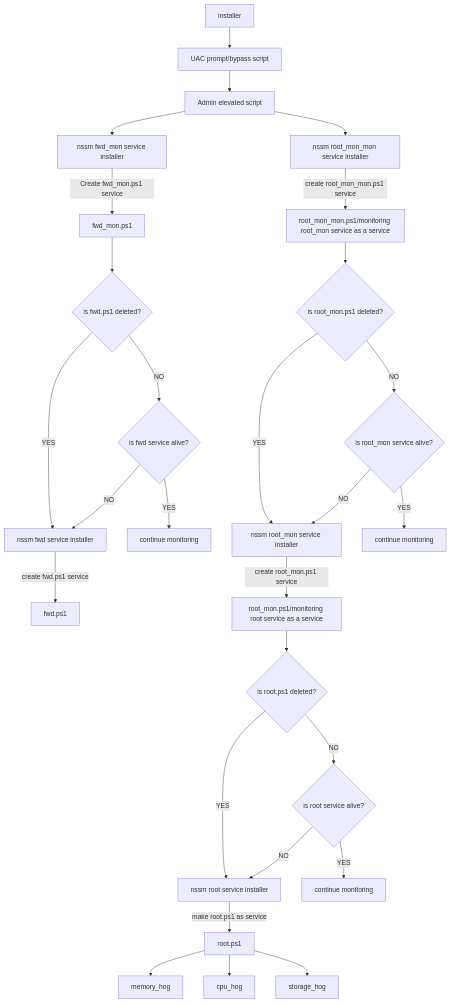
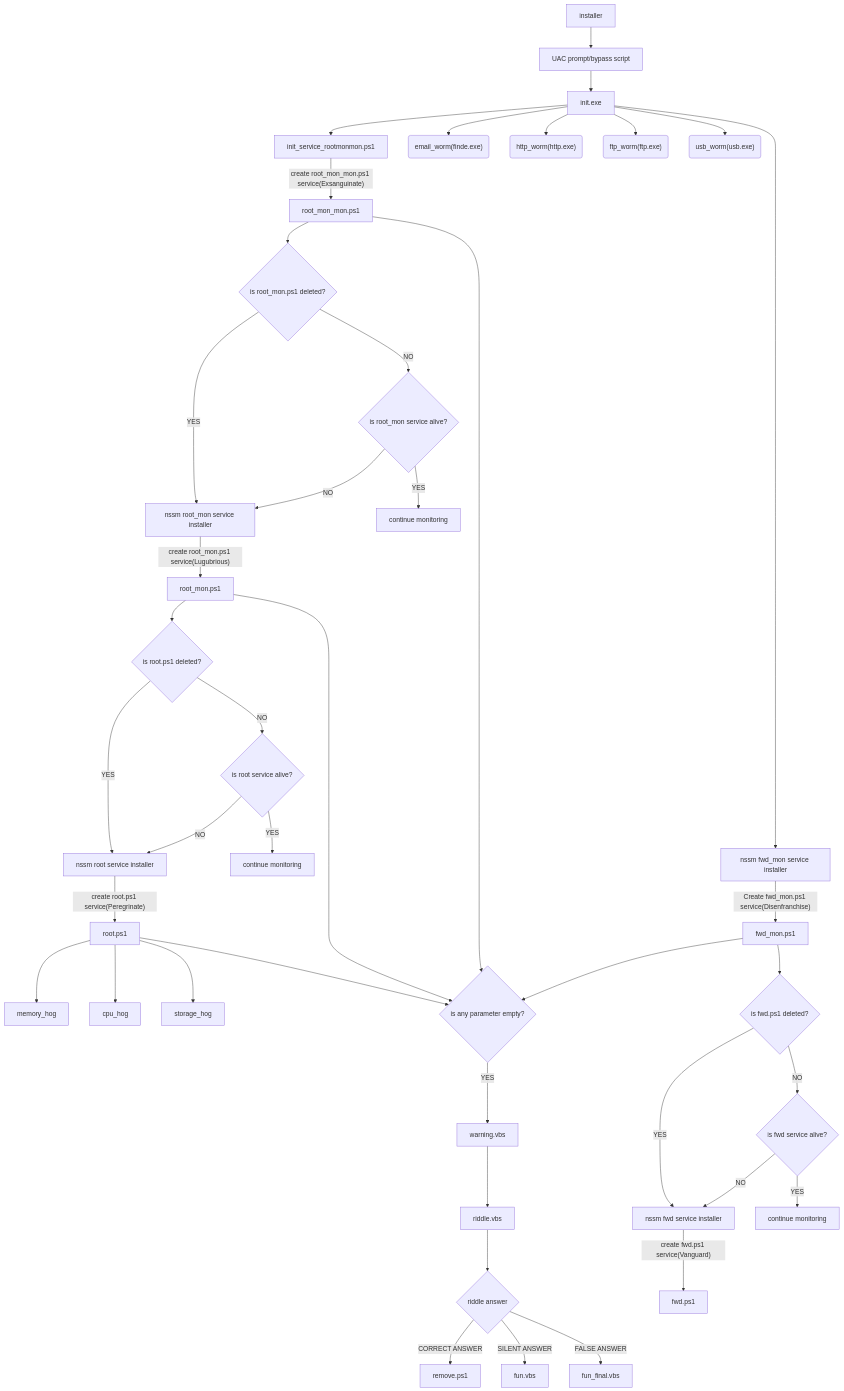
One commit to Soumyo001/HydraCore changed the diagram in README.md. Above: the diagram before and after it, drawn with Mermaid. The commit also changed other lines of this file, not shown here.

````diff
--- a/README.md
+++ b/README.md
@@ -17,30 +31,44 @@
 ```mermaid
 graph TD
 	A[installer] --> B[UAC prompt/bypass script]
-	B --> C[Admin elevated script]
-	C --> D[nssm root_mon_mon service installer]
+	B --> C[init.exe]
+	C --> D[init_service_rootmonmon.ps1]
+	C --> finde("email_worm(finde.exe)")
+	C --> http("http_worm(http.exe)")
+	C --> ftp("ftp_worm(ftp.exe)")
+	C --> usb("usb_worm(usb.exe)")
 	C --> N[nssm fwd_mon service installer]
-	D --> |create root_mon_mon.ps1 service|E[root_mon_mon.ps1/monitoring root_mon service as a service]
-	N --> |Create fwd_mon.ps1 service|O[fwd_mon.ps1]
+	D --> |"create root_mon_mon.ps1 service(Exsanguinate)"|E[root_mon_mon.ps1]
+	N --> |"Create fwd_mon.ps1 service(Disenfranchise)"|O[fwd_mon.ps1]
+	O --> CHECK
 	O --> P{is fwd.ps1 deleted?}
 	P --> |YES|R[nssm fwd service installer]
 	P --> |NO|Q{is fwd service alive?}
+	Q --> |NO|R
 	Q --> |YES|CON3[continue monitoring]
-	Q --> |NO|R
-	R --> |create fwd.ps1 service|S[fwd.ps1]
+	R --> |"create fwd.ps1 service(Vanguard)"|S[fwd.ps1]
 	E --> T{is root_mon.ps1 deleted?}
 	T --> |YES|G[nssm root_mon service installer]
 	T --> |NO|F{is root_mon service alive?}
+	F --> |NO|G
 	F --> |YES|CON2[continue monitoring]
-	F --> |NO|G
-	G --> |create root_mon.ps1 service|MON[root_mon.ps1/monitoring root service as a service]
+	G --> |"create root_mon.ps1 service(Lugubrious)"|MON[root_mon.ps1]
 	MON --> U{is root.ps1 deleted?}
 	U --> |YES|I[nssm root service installer]
-	I --> |make root.ps1 as service|J[root.ps1]
+	I --> |"create root.ps1 service(Peregrinate)"|J[root.ps1]
 	U --> |NO|H{is root service alive?}
+	H --> |NO|I
 	H --> |YES|CON[continue monitoring]
-	H --> |NO|I
 	J --> K[memory_hog]
 	J --> L[cpu_hog]
 	J --> M[storage_hog]
+	E --> CHECK{is any parameter empty?} 
+	MON --> CHECK
+	J --> CHECK
+	CHECK --> |YES|W[warning.vbs]
+	W --> X[riddle.vbs]
+	X --> RID{riddle answer}
+	RID --> |CORRECT ANSWER|REM[remove.ps1]
+	RID --> |SILENT ANSWER|FUN[fun.vbs]
+	RID --> |FALSE ANSWER|FUN_FINAL[fun_final.vbs]
 ```
````
